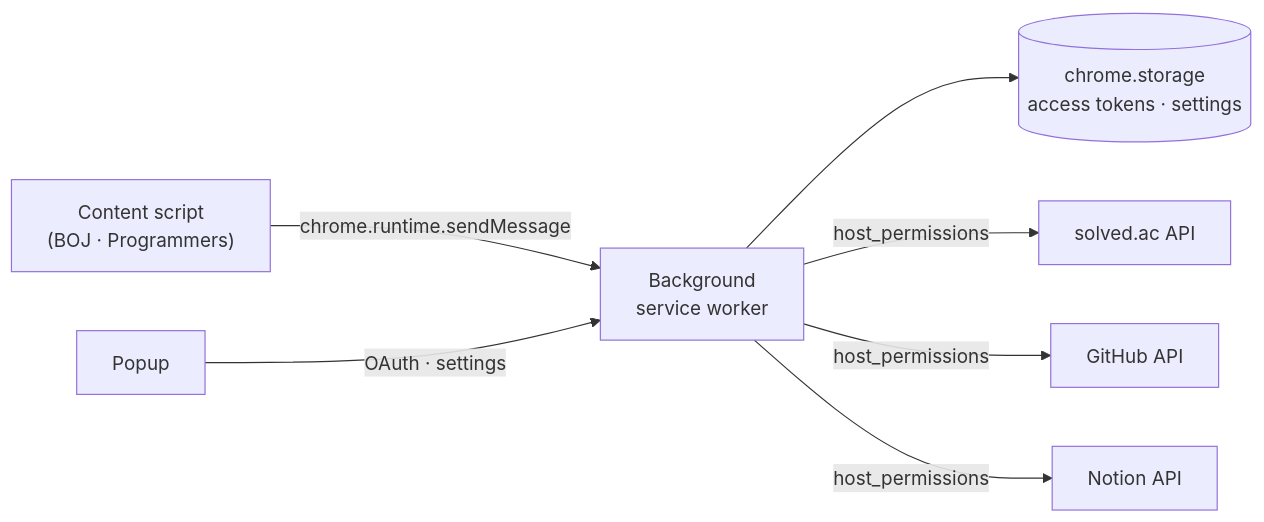
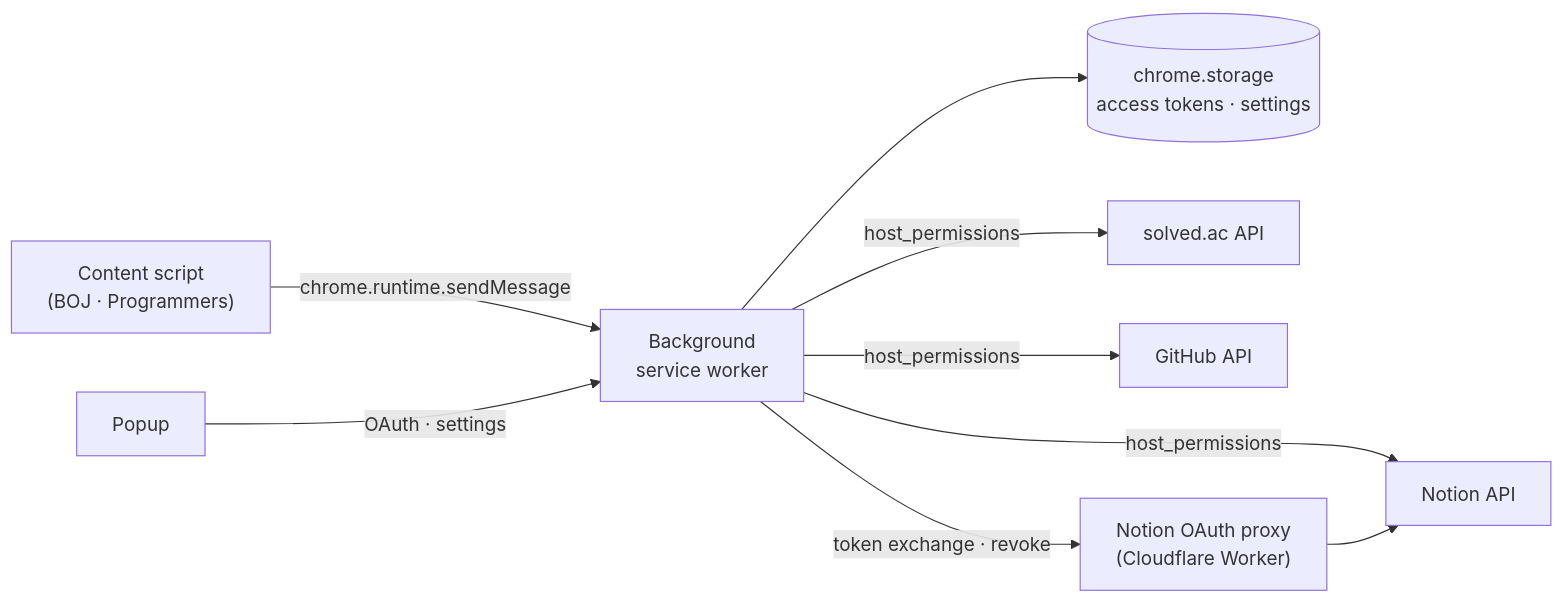
One commit to Seojeonguk/sourceCodeUploader changed the diagram in README.md. Above: the diagram before and after it, drawn with Mermaid. The commit also changed other lines of this file and 28 other files, not shown here.

````diff
--- a/README.md
+++ b/README.md
@@ -48,9 +49,11 @@
 ```mermaid
 flowchart LR
     CS["Content script<br/>(BOJ · Programmers)"] -->|chrome.runtime.sendMessage| BG["Background<br/>service worker"]
     POP["Popup"] -->|OAuth · settings| BG
     BG --> ST[("chrome.storage<br/>access tokens · settings")]
     BG -->|host_permissions| SA["solved.ac API"]
     BG -->|host_permissions| GH["GitHub API"]
     BG -->|host_permissions| NO["Notion API"]
+    BG -->|token exchange · revoke| PX["Notion OAuth proxy<br/>(Cloudflare Worker)"]
+    PX --> NO
 ```
````
